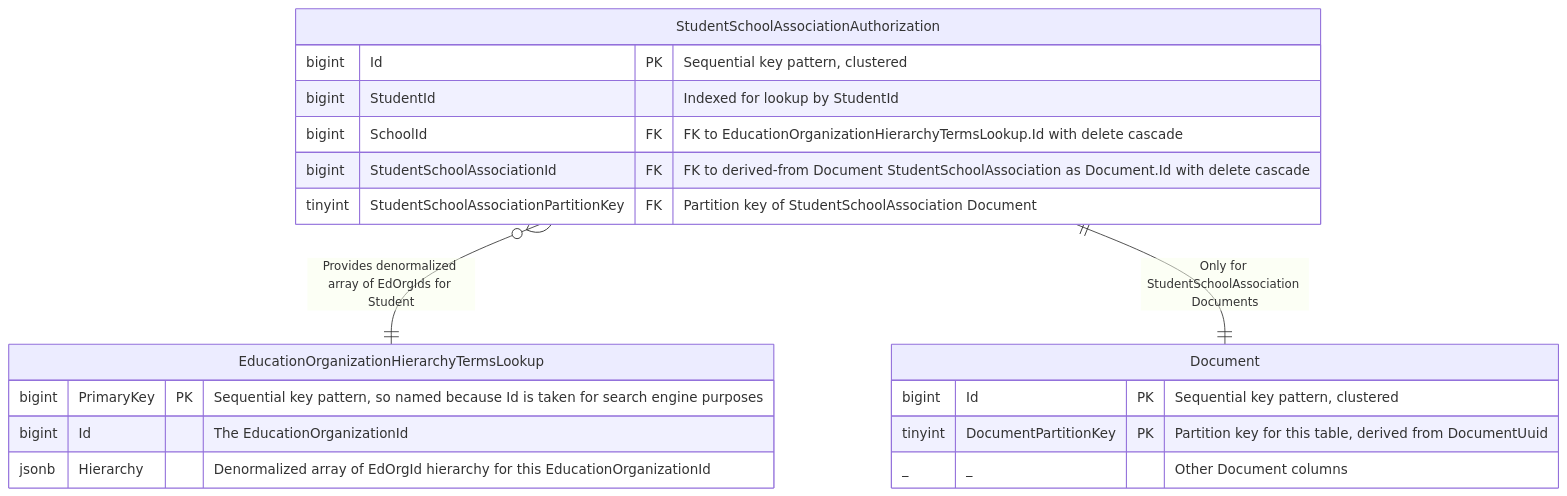
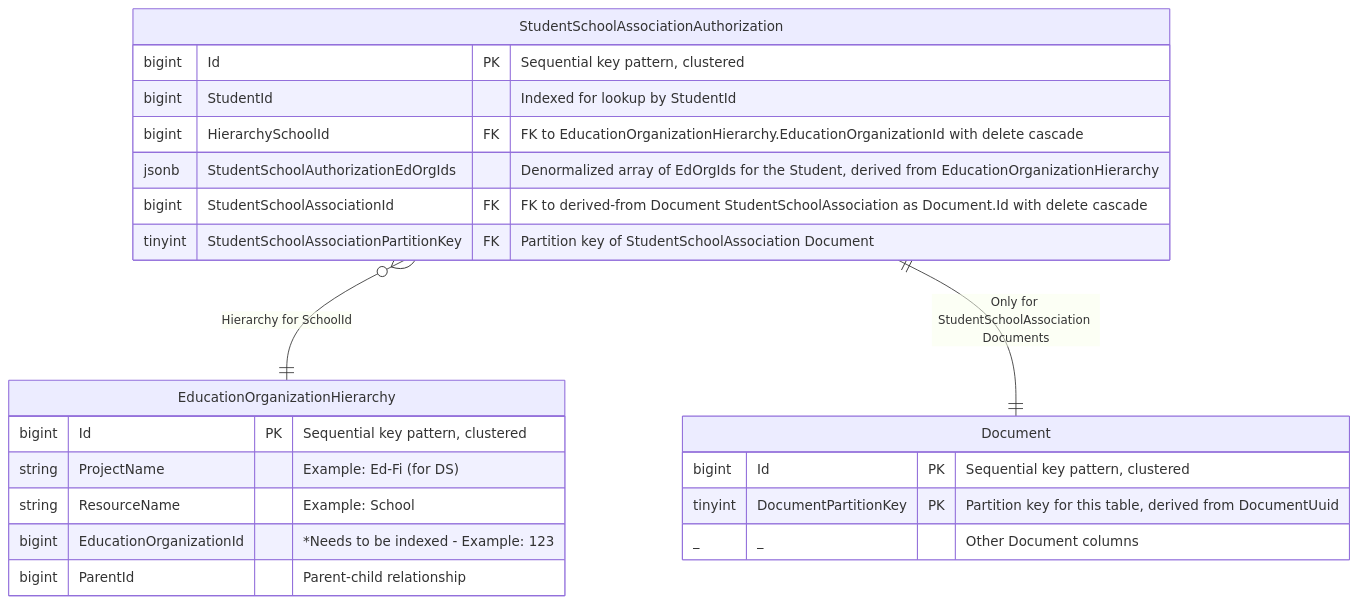
One commit to Ed-Fi-Alliance-OSS/Project-Tanager changed the first of 2 diagrams in docs/DMS/AUTHORIZATION/STUDENT-EDORG-AUTHORIZATION.md. Above: the diagram before and after it, drawn with Mermaid. The commit also changed other lines of this file, not shown here.

Commit message:
[DMS-511] Change EdOrgHierarchy usage (#45)

````diff
--- a/docs/DMS/AUTHORIZATION/STUDENT-EDORG-AUTHORIZATION.md
+++ b/docs/DMS/AUTHORIZATION/STUDENT-EDORG-AUTHORIZATION.md
@@ -15,22 +15,25 @@
 ```mermaid
 erDiagram
-    StudentSchoolAssociationAuthorization o{--|| EducationOrganizationHierarchyTermsLookup : "Provides denormalized array of EdOrgIds for Student"
+    StudentSchoolAssociationAuthorization o{--|| EducationOrganizationHierarchy : "Hierarchy for SchoolId"
     StudentSchoolAssociationAuthorization ||--|| Document : "Only for StudentSchoolAssociation Documents"
     StudentSchoolAssociationAuthorization {
         bigint Id PK "Sequential key pattern, clustered"
         bigint StudentId "Indexed for lookup by StudentId"
-        bigint SchoolId FK "FK to EducationOrganizationHierarchyTermsLookup.Id with delete cascade"
+        bigint HierarchySchoolId FK "FK to EducationOrganizationHierarchy.EducationOrganizationId with delete cascade"
+        jsonb StudentSchoolAuthorizationEdOrgIds "Denormalized array of EdOrgIds for the Student, derived from EducationOrganizationHierarchy"
         bigint StudentSchoolAssociationId FK "FK to derived-from Document StudentSchoolAssociation as Document.Id with delete cascade"
         tinyint StudentSchoolAssociationPartitionKey FK "Partition key of StudentSchoolAssociation Document"
     }
-    EducationOrganizationHierarchyTermsLookup {
-        bigint PrimaryKey PK "Sequential key pattern, so named because Id is taken for search engine purposes"
-        bigint Id "The EducationOrganizationId"
-        jsonb Hierarchy "Denormalized array of EdOrgId hierarchy for this EducationOrganizationId"
+    EducationOrganizationHierarchy {
+        bigint Id PK "Sequential key pattern, clustered"
+        string ProjectName "Example: Ed-Fi (for DS)"
+        string ResourceName "Example: School"
+        bigint EducationOrganizationId "*Needs to be indexed - Example: 123"
+        bigint ParentId "Parent-child relationship"
     }
     Document {
         bigint Id PK "Sequential key pattern, clustered"
         tinyint DocumentPartitionKey PK "Partition key for this table, derived from DocumentUuid"
         _ _ "Other Document columns"
     }
 ```
````
